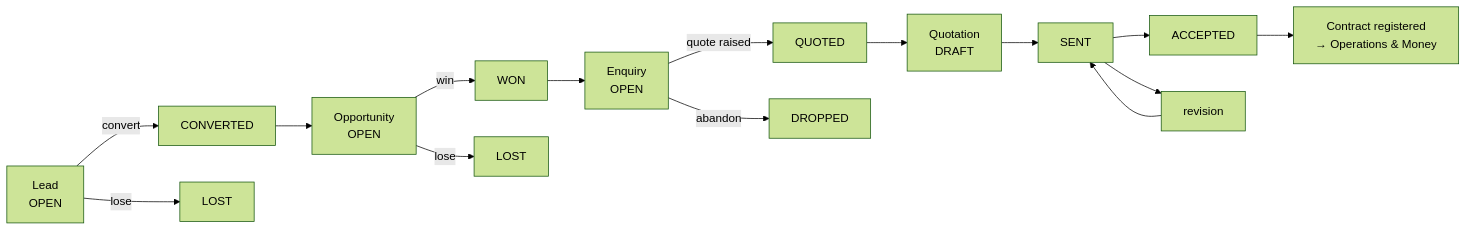
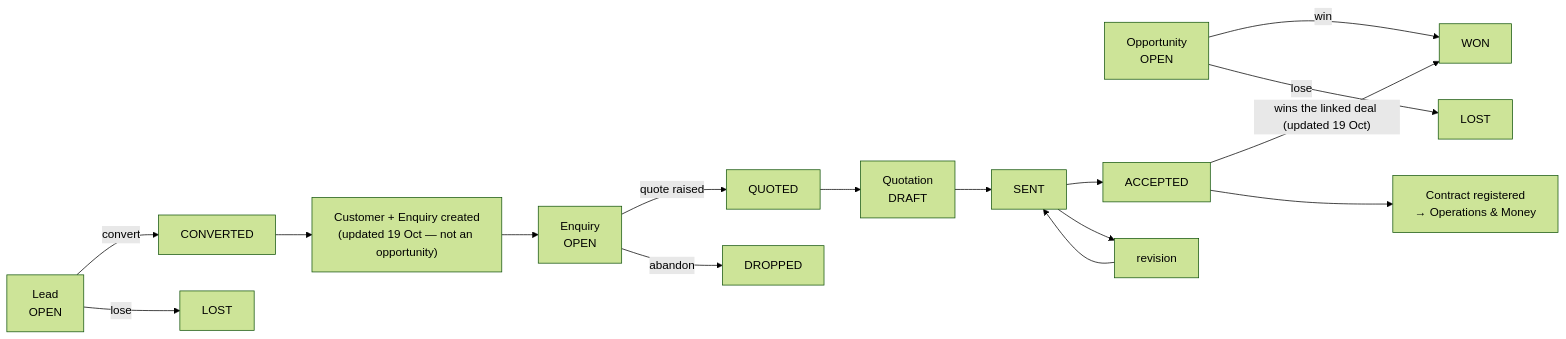
One commit to mehulblogger-pixel/Experiment_Operataion_Exaact-requirement changed the diagram in docs/audit-2026-10/workflows/01-SALES.md. Above: the diagram before and after it, drawn with Mermaid (forest theme). The commit also changed other lines of this file and 125 other files, not shown here.

````diff
--- a/docs/audit-2026-10/workflows/01-SALES.md
+++ b/docs/audit-2026-10/workflows/01-SALES.md
@@ -345,16 +350,18 @@
 ```mermaid
 flowchart LR
   L["Lead<br/>OPEN"] -->|convert| LC["CONVERTED"]
   L -->|lose| LL["LOST"]
-  LC --> O["Opportunity<br/>OPEN"]
+  LC --> CU["Customer + Enquiry created<br/>(updated 19 Oct — not an opportunity)"]
+  O["Opportunity<br/>OPEN"]
   O -->|win| OW["WON"]
   O -->|lose| OL["LOST"]
-  OW --> I["Enquiry<br/>OPEN"]
+  CU --> I["Enquiry<br/>OPEN"]
+  QA -->|"wins the linked deal (updated 19 Oct)"| OW
   I -->|quote raised| IQ["QUOTED"]
   I -->|abandon| ID["DROPPED"]
   IQ --> Q["Quotation<br/>DRAFT"]
   Q --> QS["SENT"]
   QS --> QA["ACCEPTED"]
   QS --> QR["revision"] --> QS
   QA --> C["Contract registered<br/>→ Operations & Money"]
 ```
````
